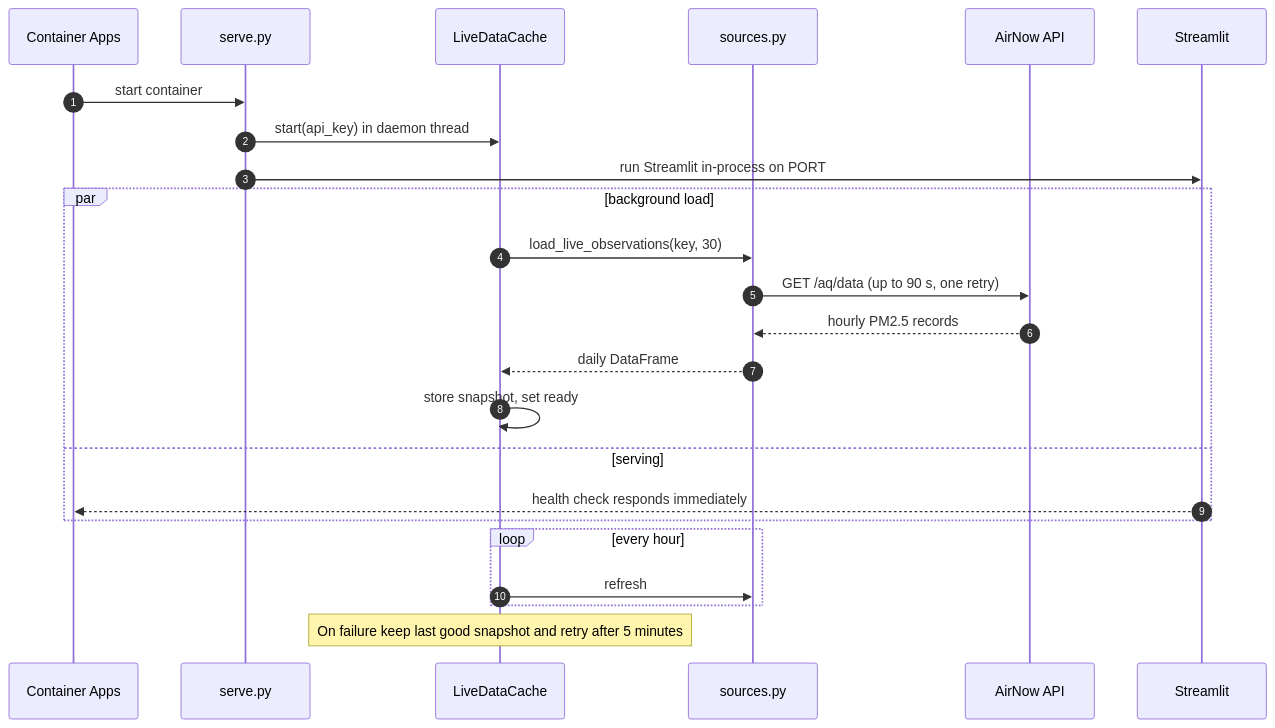
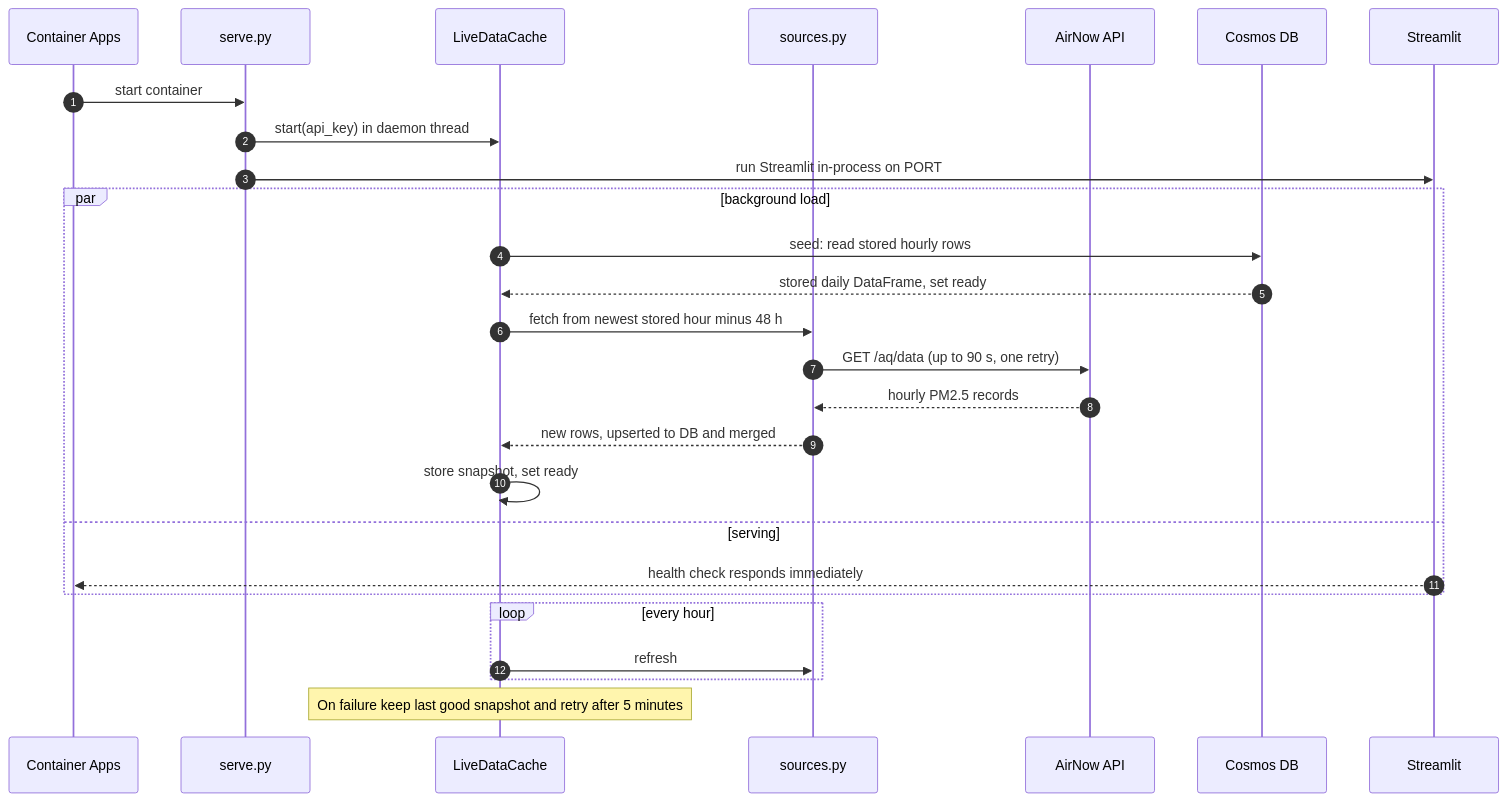
Before and after one commit to silent-vector-26/city-environment-explorer: the fifth of 13 diagrams in docs/CEE_SDD_v1.0.0.md, drawn with Mermaid. The commit also changed other lines of this file and 9 other files, not shown here.

Commit message:
Persist hourly AirNow history in Cosmos DB with incremental fetch (DP-54) (#7)

````diff
--- a/docs/CEE_SDD_v1.0.0.md
+++ b/docs/CEE_SDD_v1.0.0.md
@@ -203,27 +203,30 @@
 ```mermaid
 sequenceDiagram
     autonumber
     participant CA as Container Apps
     participant S as serve.py
     participant C as LiveDataCache
     participant SRC as sources.py
     participant AN as AirNow API
+    participant DB as Cosmos DB
     participant ST as Streamlit
 
     CA->>S: start container
     S->>C: start(api_key) in daemon thread
     S->>ST: run Streamlit in-process on PORT
     par background load
-        C->>SRC: load_live_observations(key, 30)
+        C->>DB: seed: read stored hourly rows
+        DB-->>C: stored daily DataFrame, set ready
+        C->>SRC: fetch from newest stored hour minus 48 h
         SRC->>AN: GET /aq/data (up to 90 s, one retry)
         AN-->>SRC: hourly PM2.5 records
-        SRC-->>C: daily DataFrame
+        SRC-->>C: new rows, upserted to DB and merged
         C->>C: store snapshot, set ready
     and serving
         ST-->>CA: health check responds immediately
     end
     loop every hour
         C->>SRC: refresh
     end
     Note over C: On failure keep last good snapshot and retry after 5 minutes
 ```
````
